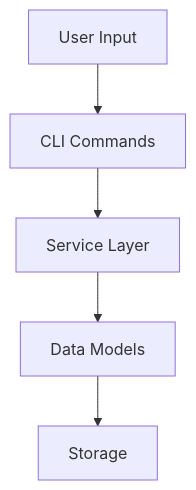
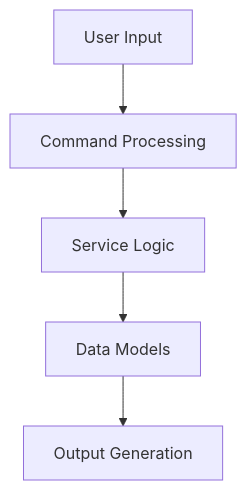
One commit to geogoesbeepboop/refiner changed the third of 3 diagrams in docs/architecture.md. Above: the diagram before and after it, drawn with Mermaid. The commit also changed other lines of this file and 6 other files, not shown here.

````diff
--- a/docs/architecture.md
+++ b/docs/architecture.md
@@ -155,7 +146,7 @@
 ```mermaid
 graph TD;
-    A[User Input] --> B[CLI Commands];
-    B --> C[Service Layer];
+    A[User Input] --> B[Command Processing];
+    B --> C[Service Logic];
     C --> D[Data Models];
-    D --> E[Storage];
+    D --> E[Output Generation];
 ```
````
